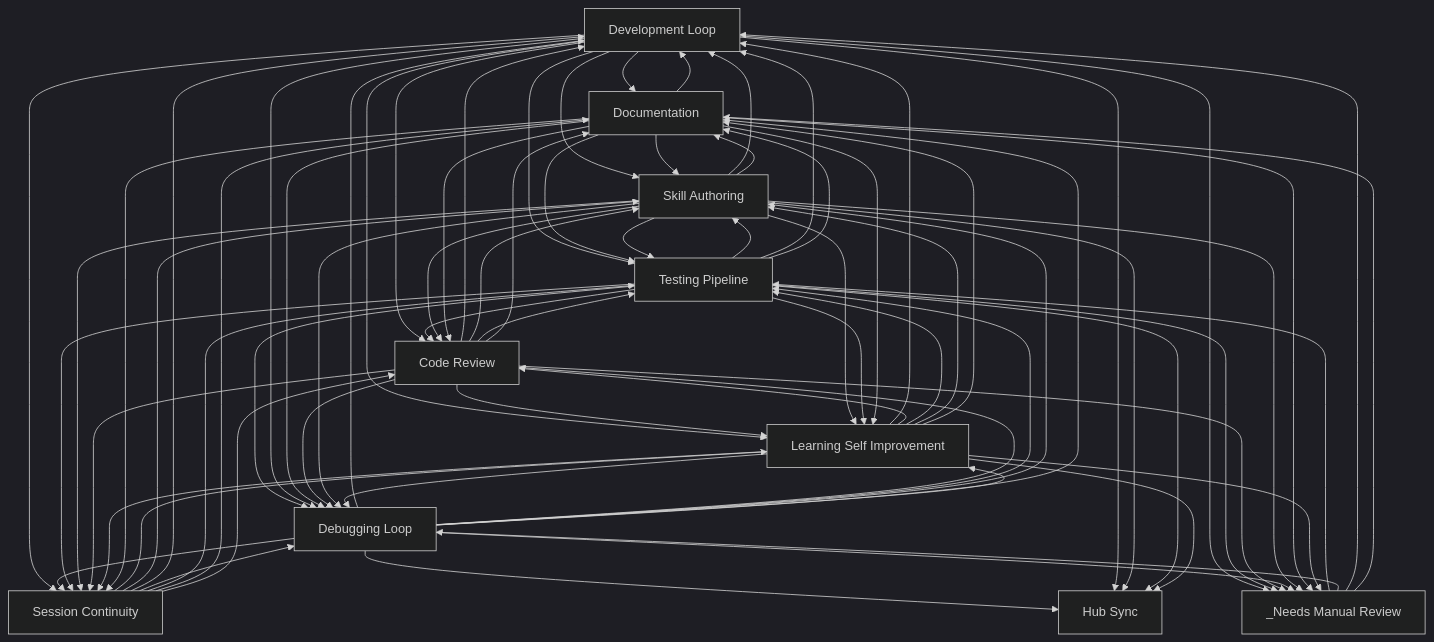
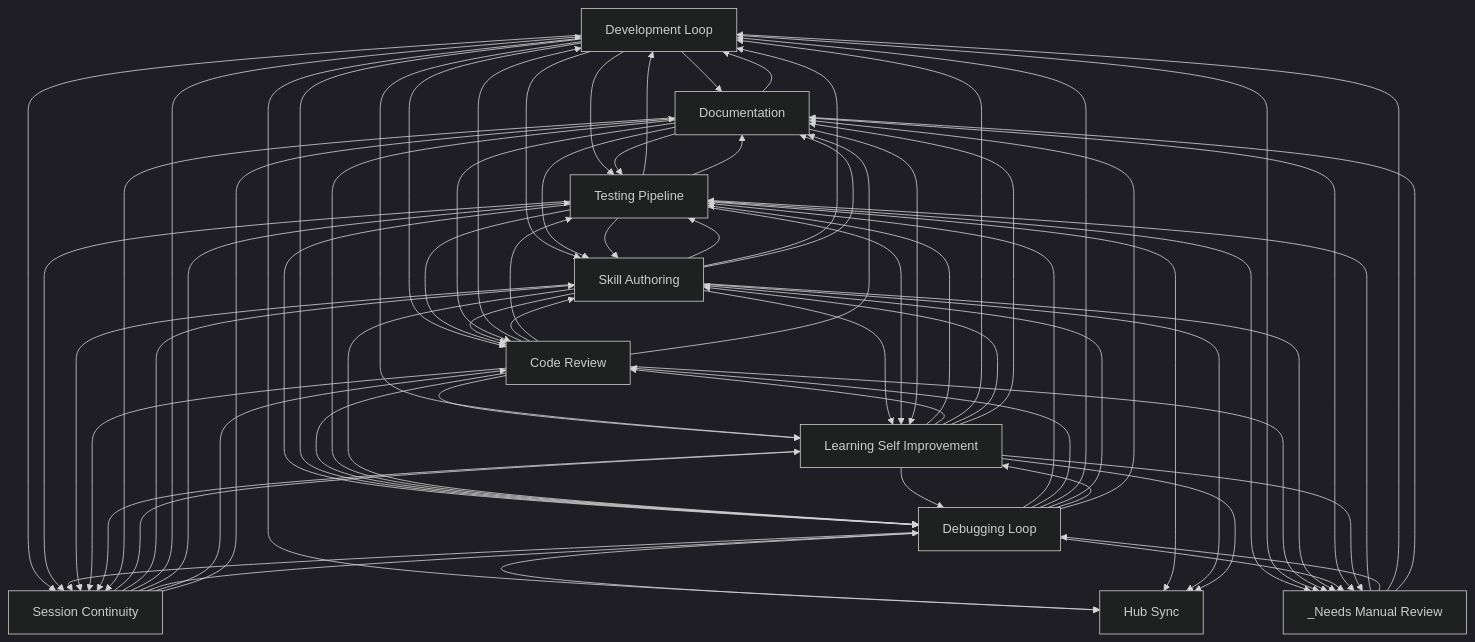
One commit to abhayla/claude-best-practices changed the diagram in docs/workflows/INDEX.md. Above: the diagram before and after it, drawn with Mermaid (dark theme). The commit also changed other lines of this file and 13 other files, not shown here.

```diff
--- a/docs/workflows/INDEX.md
+++ b/docs/workflows/INDEX.md
@@ -32,59 +32,59 @@
     hub_sync[Hub Sync]
     _needs_manual_review[_Needs Manual Review]
     development_loop --> documentation
+    development_loop --> testing_pipeline
     development_loop --> skill_authoring
-    development_loop --> testing_pipeline
+    documentation --> testing_pipeline
     documentation --> skill_authoring
-    documentation --> testing_pipeline
-    development_loop --> code_review
     code_review --> development_loop
     code_review --> skill_authoring
+    development_loop --> code_review
+    code_review --> testing_pipeline
+    code_review --> learning_self_improvement
     development_loop --> learning_self_improvement
-    code_review --> learning_self_improvement
-    code_review --> testing_pipeline
+    testing_pipeline --> skill_authoring
     skill_authoring --> testing_pipeline
-    testing_pipeline --> skill_authoring
+    testing_pipeline --> code_review
     testing_pipeline --> development_loop
-    testing_pipeline --> code_review
     testing_pipeline --> debugging_loop
     testing_pipeline --> documentation
+    debugging_loop --> testing_pipeline
+    debugging_loop --> code_review
     debugging_loop --> development_loop
-    debugging_loop --> code_review
-    debugging_loop --> testing_pipeline
     debugging_loop --> skill_authoring
     development_loop --> debugging_loop
     documentation --> development_loop
+    skill_authoring --> code_review
     skill_authoring --> development_loop
-    skill_authoring --> code_review
     skill_authoring --> learning_self_improvement
+    testing_pipeline --> _needs_manual_review
     development_loop --> _needs_manual_review
-    testing_pipeline --> _needs_manual_review
+    code_review --> debugging_loop
     documentation --> code_review
     documentation --> debugging_loop
-    code_review --> debugging_loop
     code_review --> documentation
+    session_continuity --> learning_self_improvement
     development_loop --> session_continuity
-    session_continuity --> learning_self_improvement
     _needs_manual_review --> testing_pipeline
+    testing_pipeline --> session_continuity
+    testing_pipeline --> learning_self_improvement
+    debugging_loop --> session_continuity
     debugging_loop --> learning_self_improvement
-    debugging_loop --> session_continuity
-    testing_pipeline --> learning_self_improvement
-    testing_pipeline --> session_continuity
     debugging_loop --> documentation
     documentation --> learning_self_improvement
     skill_authoring --> session_continuity
     skill_authoring --> debugging_loop
     _needs_manual_review --> debugging_loop
+    learning_self_improvement --> testing_pipeline
+    learning_self_improvement --> code_review
     learning_self_improvement --> development_loop
-    learning_self_improvement --> code_review
+    learning_self_improvement --> skill_authoring
     learning_self_improvement --> debugging_loop
-    learning_self_improvement --> testing_pipeline
-    learning_self_improvement --> skill_authoring
     debugging_loop --> hub_sync
     development_loop --> hub_sync
     code_review --> _needs_manual_review
+    skill_authoring --> _needs_manual_review
     debugging_loop --> _needs_manual_review
-    skill_authoring --> _needs_manual_review
     skill_authoring --> documentation
     _needs_manual_review --> development_loop
     _needs_manual_review --> documentation
@@ -94,12 +94,12 @@
     session_continuity --> skill_authoring
     learning_self_improvement --> documentation
     session_continuity --> development_loop
+    session_continuity --> testing_pipeline
     session_continuity --> debugging_loop
-    session_continuity --> testing_pipeline
+    session_continuity --> code_review
     session_continuity --> documentation
-    session_continuity --> code_review
+    testing_pipeline --> hub_sync
     skill_authoring --> hub_sync
-    testing_pipeline --> hub_sync
     learning_self_improvement --> hub_sync
     learning_self_improvement --> _needs_manual_review
     documentation --> session_continuity
```
